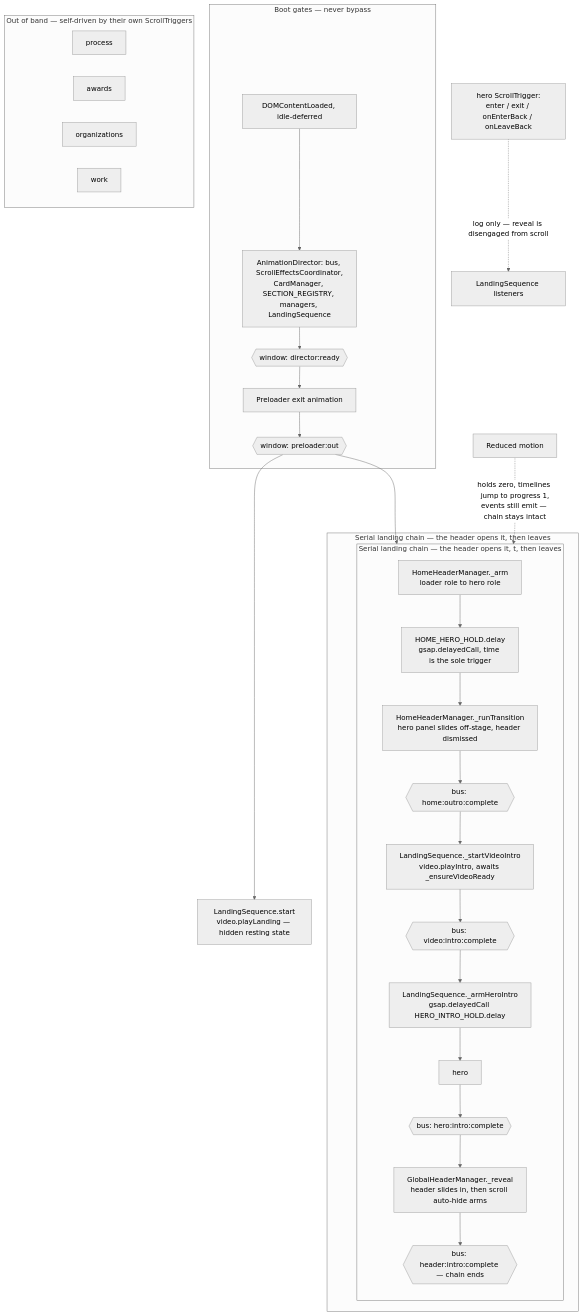
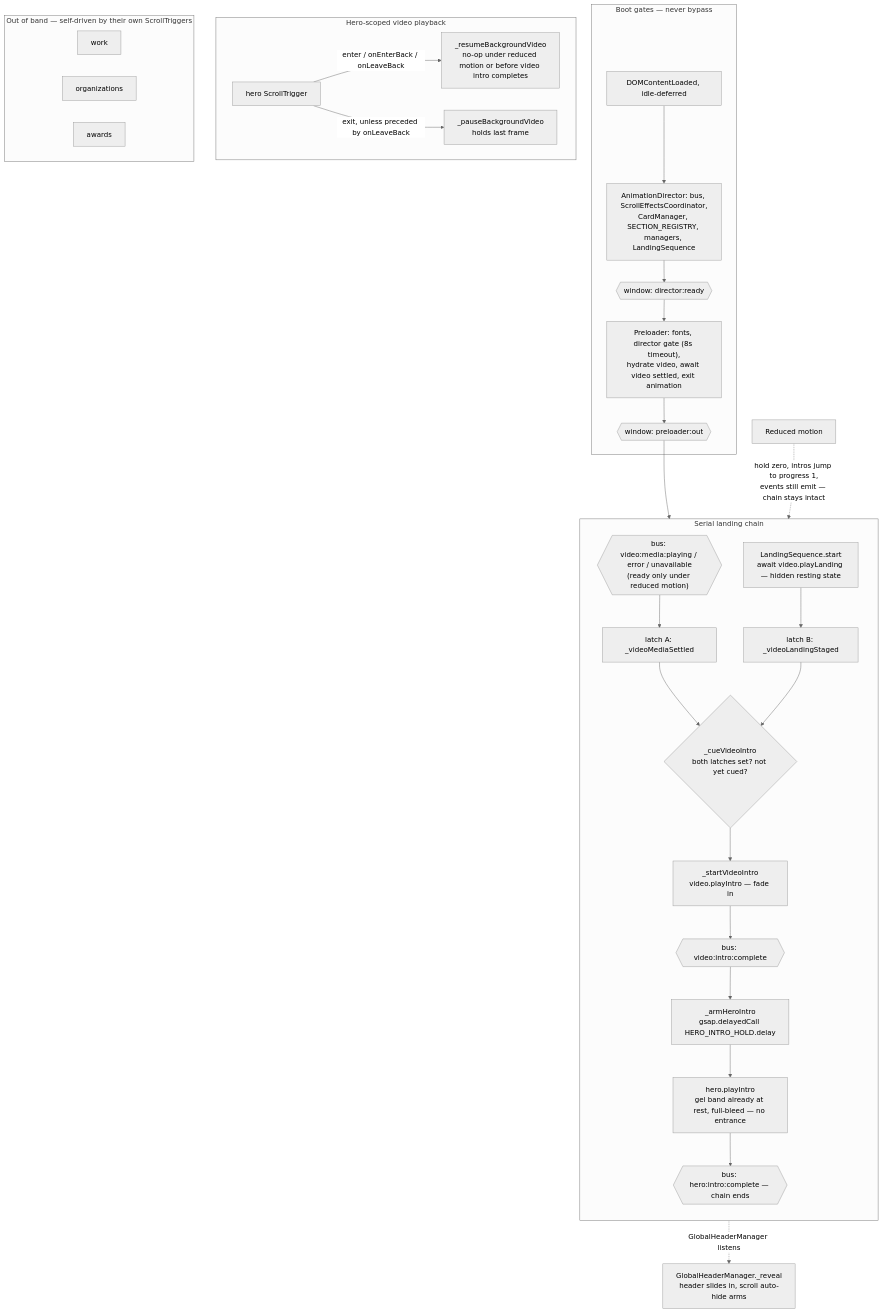
The second of 2 diagrams in js/choreography/templates/landing/LandingSequence.md (datainkio/portfolio-frontend), drawn with Mermaid (neutral theme) before and after one commit. The commit also changed other lines of this file, not shown here.

First line of the commit message:
docs(choreography): bring LandingSequence sidecar up to date

````diff
--- a/js/choreography/templates/landing/LandingSequence.md
+++ b/js/choreography/templates/landing/LandingSequence.md
@@ -108,44 +111,43 @@
 ```mermaid
 ---
 id: 203d9974-a23a-483a-8c76-d8d3354cd124
 ---
 flowchart TD
     subgraph boot["Boot gates — never bypass"]
         DCL["DOMContentLoaded, idle-deferred"] --> AD["AnimationDirector: bus, ScrollEffectsCoordinator,<br/>CardManager, SECTION_REGISTRY, managers, LandingSequence"]
         AD --> DR{{"window: director:ready"}}
-        DR --> PRE["Preloader exit animation"]
+        DR --> PRE["Preloader: fonts, director gate (8s timeout),<br/>hydrate video, await video settled, exit animation"]
         PRE --> PO{{"window: preloader:out"}}
     end
 
-    PO --> LS["LandingSequence.start<br/>video.playLanding — hidden resting state"]
-    PO --> ARM["HomeHeaderManager._arm<br/>loader role to hero role"]
+    subgraph chain["Serial landing chain"]
+        direction TB
+        VS{{"bus: video:media:playing / error / unavailable<br/>(ready only under reduced motion)"}} --> LA["latch A: _videoMediaSettled"]
+        PO --> START["LandingSequence.start<br/>await video.playLanding — hidden resting state"]
+        START --> LB["latch B: _videoLandingStaged"]
+        LA --> CUE{"_cueVideoIntro<br/>both latches set? not yet cued?"}
+        LB --> CUE
+        CUE --> VID["_startVideoIntro<br/>video.playIntro — fade in"]
+        VID --> VIC{{"bus: video:intro:complete"}}
+        VIC --> BEAT["_armHeroIntro<br/>gsap.delayedCall HERO_INTRO_HOLD.delay"]
+        BEAT --> HERO["hero.playIntro<br/>gel band already at rest, full-bleed — no entrance"]
+        HERO --> BIC{{"bus: hero:intro:complete — chain ends"}}
+    end
 
-    subgraph chain["Serial landing chain — the header opens it, then leaves"]
-        subgraph chain_inner["Serial landing chain — the header opens it, t, then leaves"]
-            direction TB
-            ARM --> HOLD["HOME_HERO_HOLD.delay<br/>gsap.delayedCall, time is the sole trigger"]
-            HOLD --> DECON["HomeHeaderManager._runTransition<br/>hero panel slides off-stage, header dismissed"]
-            DECON --> HOC{{"bus: home:outro:complete"}}
-            HOC --> VID["LandingSequence._startVideoIntro<br/>video.playIntro, awaits _ensureVideoReady"]
-            VID --> VIC{{"bus: video:intro:complete"}}
-            VIC --> BEAT["LandingSequence._armHeroIntro<br/>gsap.delayedCall HERO_INTRO_HOLD.delay"]
-            BEAT --> HERO["hero.playIntro<br/>gel band already at rest, full-bleed — no entrance"]
-            HERO --> BIC{{"bus: hero:intro:complete"}}
-            BIC --> HDR["GlobalHeaderManager._reveal<br/>header slides in, then scroll auto-hide arms"]
-            HDR --> HIC{{"bus: header:intro:complete — chain ends"}}
-        end
+    BIC -.->|"GlobalHeaderManager listens"| HDR["GlobalHeaderManager._reveal<br/>header slides in, scroll auto-hide arms"]
+
+    subgraph gate["Hero-scoped video playback"]
+        direction LR
+        HEROST["hero ScrollTrigger"] -->|"enter / onEnterBack / onLeaveBack"| RES["_resumeBackgroundVideo<br/>no-op under reduced motion or before video intro completes"]
+        HEROST -->|"exit, unless preceded by onLeaveBack"| PAU["_pauseBackgroundVideo<br/>holds last frame"]
     end
 
     subgraph scroll["Out of band — self-driven by their own ScrollTriggers"]
         direction LR
-        HERO["hero"]
-        PROC["process"]
+        WORK["work"]
+        ORGS["organizations"]
         AWARDS["awards"]
-        ORGS["organizations"]
-        WORK["work"]
     end
 
-    HEROST["hero ScrollTrigger:<br/>enter / exit / onEnterBack / onLeaveBack"] -.->|"log only — reveal is disengaged from scroll"| LSOBS["LandingSequence listeners"]
-
-    RM["Reduced motion"] -.->|"holds zero, timelines jump to progress 1,<br/>events still emit — chain stays intact"| chain_inner
+    RM["Reduced motion"] -.->|"hold zero, intros jump to progress 1,<br/>events still emit — chain stays intact"| chain
 ```
````
